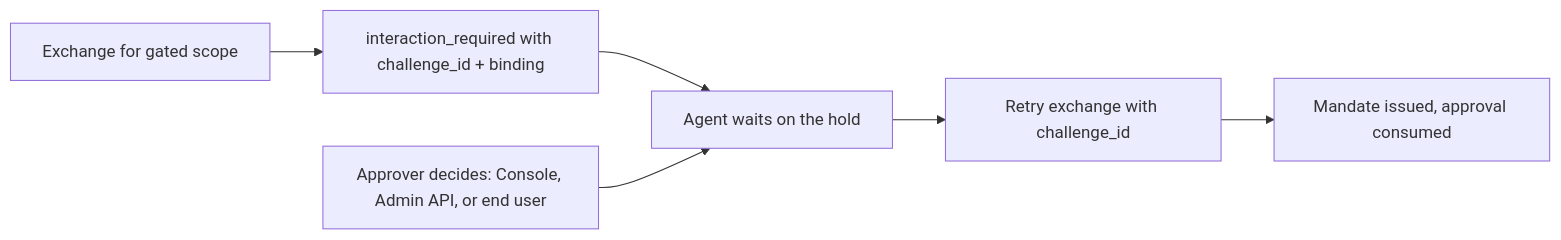
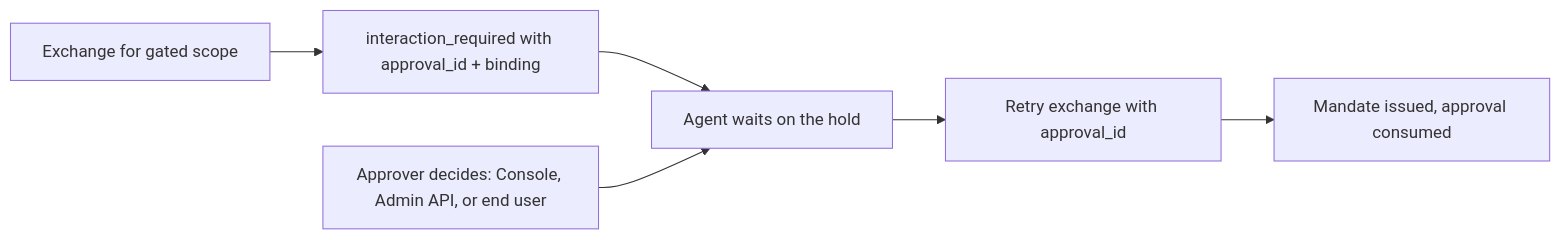
One commit to Garudex-Labs/caracal changed the diagram in docs/src/content/docs/guides/human-approval.mdx. Above: the diagram before and after it, drawn with Mermaid. The commit also changed other lines of this file and 9 other files, not shown here.

````diff
--- a/docs/src/content/docs/guides/human-approval.mdx
+++ b/docs/src/content/docs/guides/human-approval.mdx
@@ -24,8 +24,8 @@
 ```mermaid
 flowchart LR
-  Exchange["Exchange for gated scope"] --> Hold["interaction_required with challenge_id + binding"]
+  Exchange["Exchange for gated scope"] --> Hold["interaction_required with approval_id + binding"]
   Hold --> Wait["Agent waits on the hold"]
   Decide["Approver decides: Console, Admin API, or end user"] --> Wait
-  Wait --> Retry["Retry exchange with challenge_id"]
+  Wait --> Retry["Retry exchange with approval_id"]
   Retry --> Mandate["Mandate issued, approval consumed"]
 ```
````
